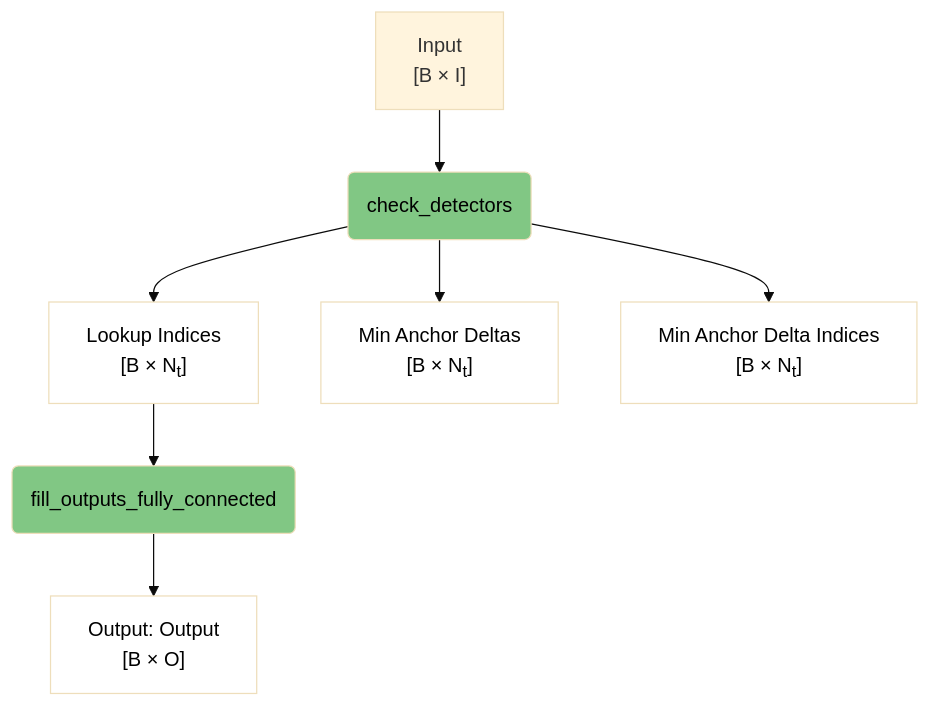
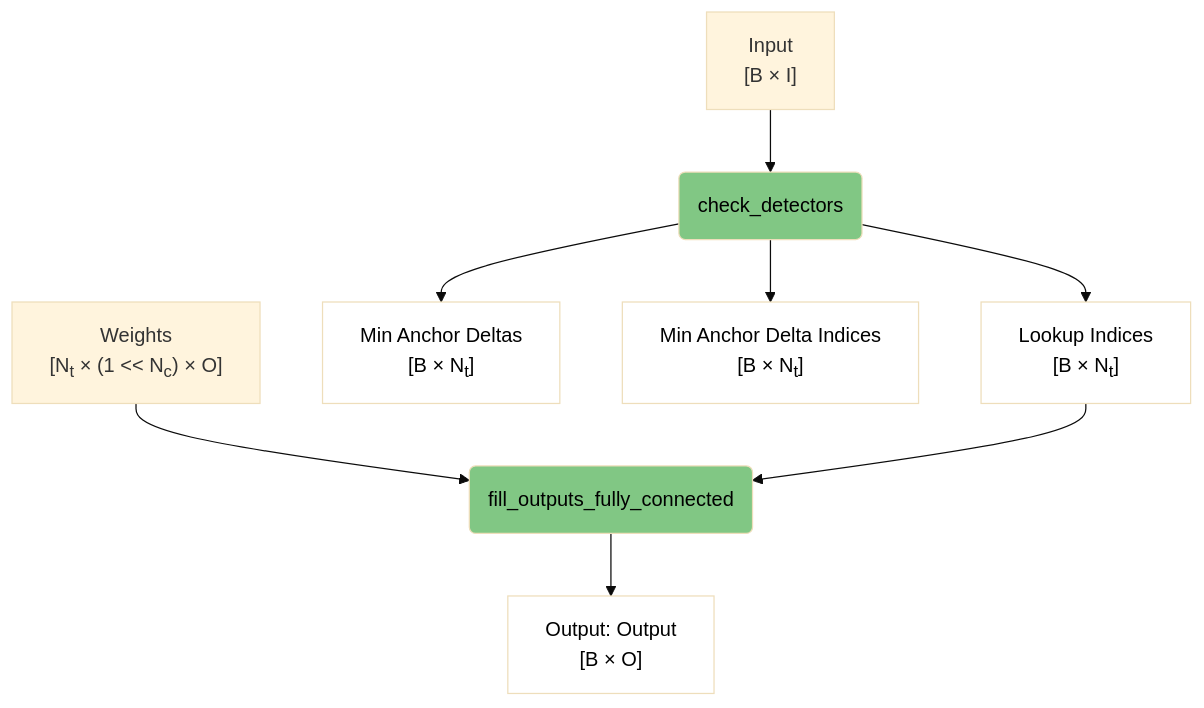
Before and after one commit to anatoli-starostin/spiky: the first of 6 diagrams in spiky_cuda/lut/doc/LUT_RUNTIME_DATA_FLOW.md, drawn with Mermaid (base theme). The commit also changed other lines of this file, not shown here.

````diff
--- a/spiky_cuda/lut/doc/LUT_RUNTIME_DATA_FLOW.md
+++ b/spiky_cuda/lut/doc/LUT_RUNTIME_DATA_FLOW.md
@@ -9,19 +9,20 @@
 ```mermaid
 flowchart TD
     A["Input<br/>[B × I]"] --> B(check_detectors)
     
     B --> C["Lookup Indices<br/>[B × N<sub>t</sub>]"]
     B --> D["Min Anchor Deltas<br/>[B × N<sub>t</sub>]"]
     B --> E["Min Anchor Delta Indices<br/>[B × N<sub>t</sub>]"]
     
-    C --> F(fill_outputs_fully_connected)
+    W1["Weights<br/>[N<sub>t</sub> × (1 << N<sub>c</sub>) × O]"] --> F(fill_outputs_fully_connected)
+    C --> F
     
     F --> G["Output: Output<br/>[B × O]"]
     
     style B fill:#81c784,color:#000000
     style F fill:#81c784,color:#000000
     style C fill:#ffffff,color:#000000
     style D fill:#ffffff,color:#000000
     style E fill:#ffffff,color:#000000
     style G fill:#ffffff,color:#000000
 ```
````
